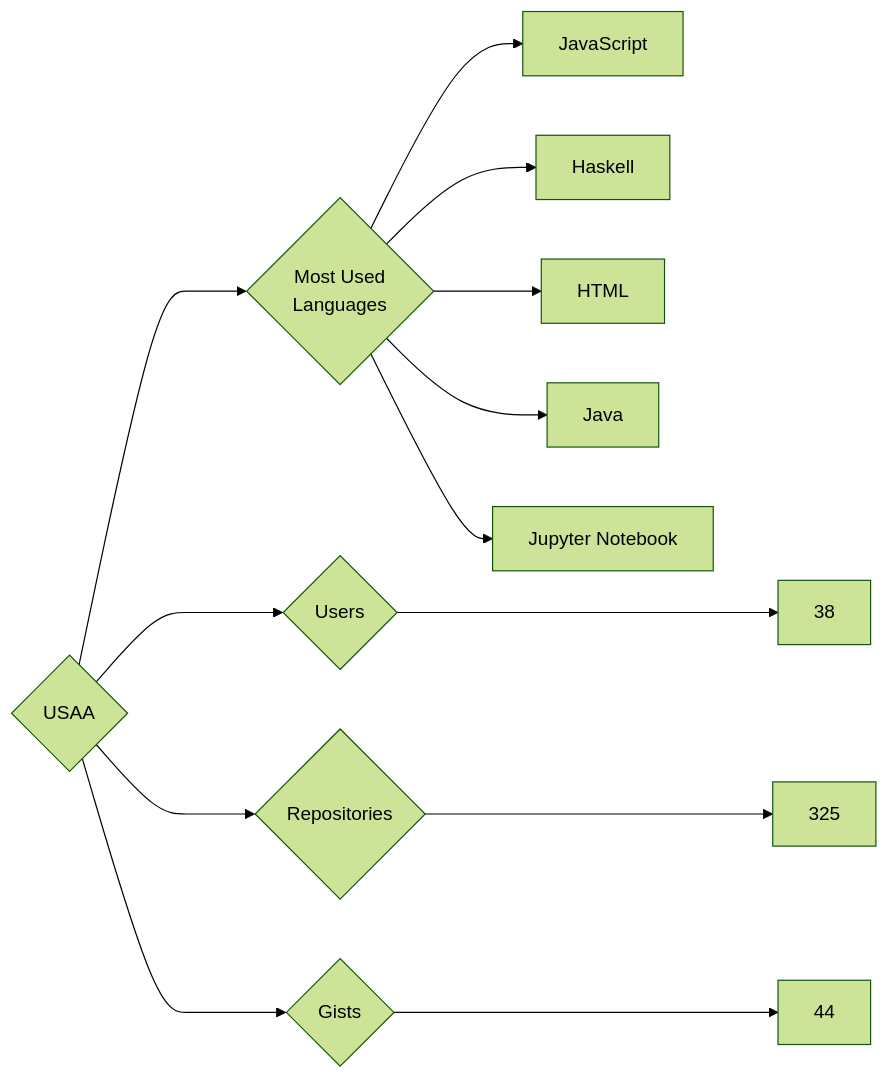
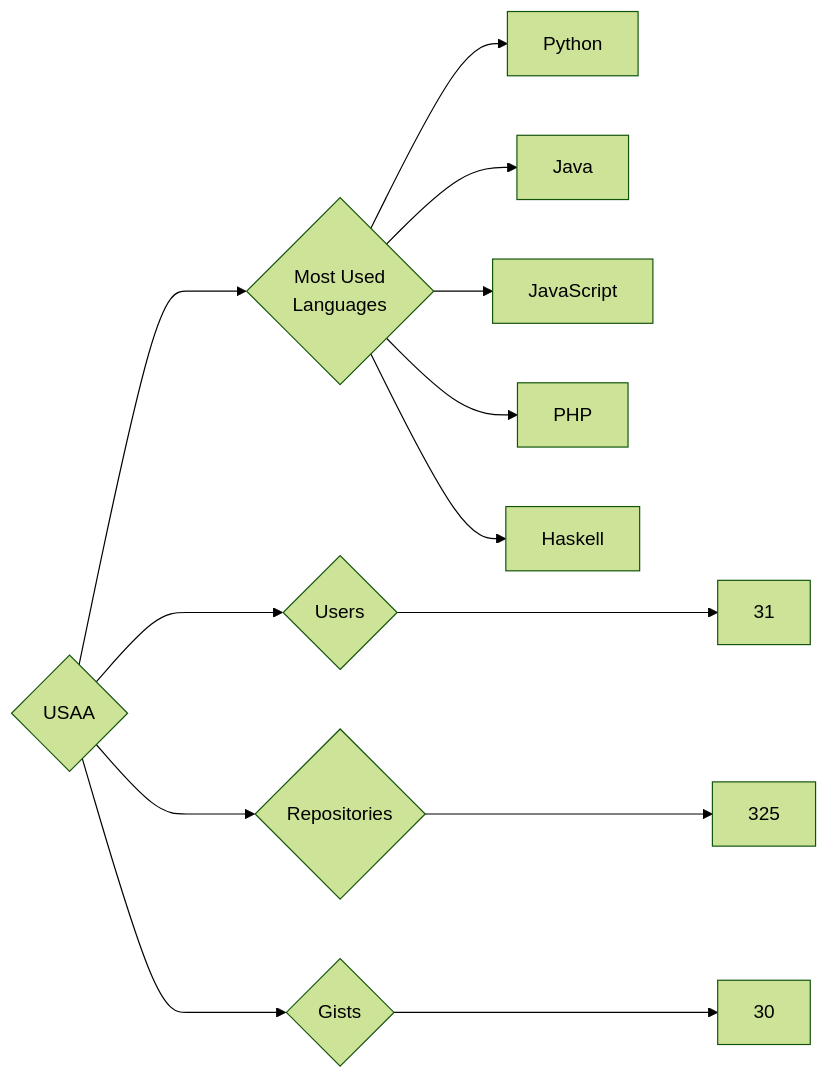
Before and after one commit to trickest/insiders: the diagram in targets/USAA/README.md, drawn with Mermaid (forest theme). The commit also changed 773 other files, not shown here.

````diff
--- a/targets/USAA/README.md
+++ b/targets/USAA/README.md
@@ -3,13 +3,13 @@
 ```mermaid
 graph LR
 COMPANY_NAME{USAA}
-COMPANY_NAME ---> U{Users} ---> UN[38]
+COMPANY_NAME ---> U{Users} ---> UN[31]
 COMPANY_NAME ---> R{Repositories} ---> RN[325]
-COMPANY_NAME ---> G{Gists} ---> GN[44]
+COMPANY_NAME ---> G{Gists} ---> GN[30]
 COMPANY_NAME ---> ML{Most Used<br>Languages}
+ML --> Python[Python]
+ML --> Java[Java]
 ML --> JavaScript[JavaScript]
+ML --> PHP[PHP]
 ML --> Haskell[Haskell]
-ML --> HTML[HTML]
-ML --> Java[Java]
-ML --> Jupyter_Notebook[Jupyter Notebook]
 ```
````
